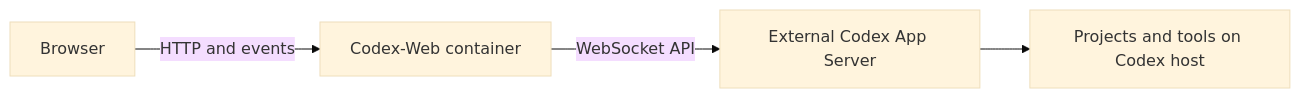
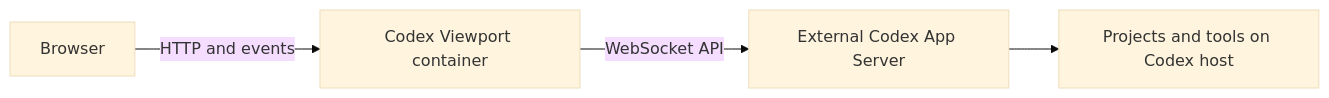
The diagram in README.md (Tweak90/codex-viewport), drawn with Mermaid (base theme) before and after one commit. The commit also changed other lines of this file and 63 other files, not shown here.

Commit message:
Release Codex Viewport 1.1.0 with transparent branding and renamed distribution

````diff
--- a/README.md
+++ b/README.md
@@ -34,6 +39,6 @@
 ```mermaid
 flowchart LR
-    Browser -->|HTTP and events| Web[Codex-Web container]
+    Browser -->|HTTP and events| Web[Codex Viewport container]
     Web -->|WebSocket API| Codex[External Codex App Server]
     Codex --> Files[Projects and tools on Codex host]
 ```
````
